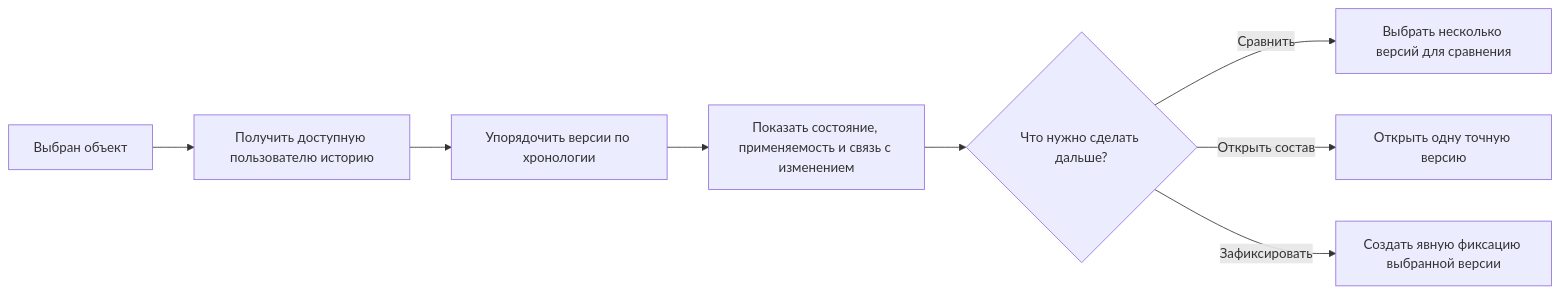
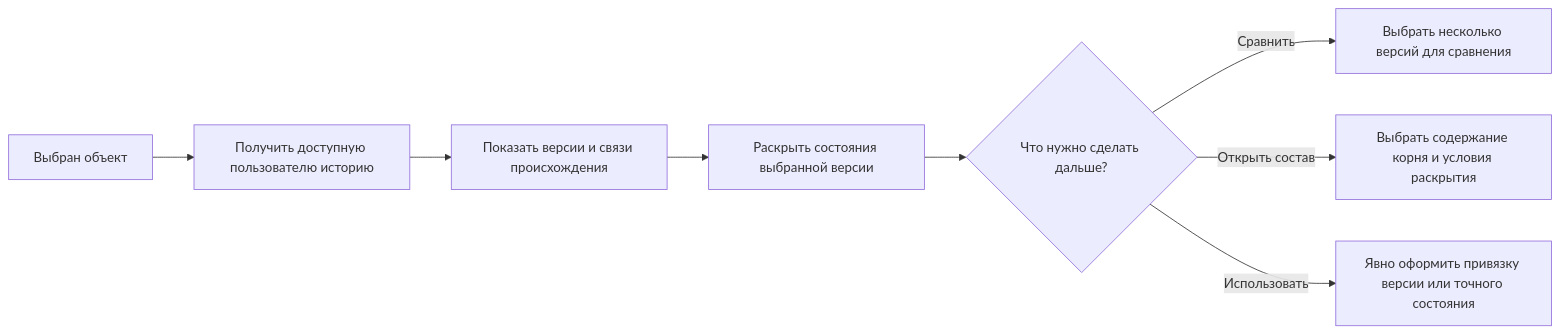
One commit to ZelAnton/Interlink-product-book changed the diagram in docs/version-selection/12-all-versions-view.md. Above: the diagram before and after it, drawn with Mermaid. The commit also changed other lines of this file and 231 other files, not shown here.

````diff
--- a/docs/version-selection/12-all-versions-view.md
+++ b/docs/version-selection/12-all-versions-view.md
@@ -29,10 +35,10 @@
 ```mermaid
 flowchart LR
     A["Выбран объект"] --> B["Получить доступную пользователю историю"]
-    B --> C["Упорядочить версии по хронологии"]
-    C --> D["Показать состояние, применяемость и связь с изменением"]
+    B --> C["Показать версии и связи происхождения"]
+    C --> D["Раскрыть состояния выбранной версии"]
     D --> E{"Что нужно сделать дальше?"}
     E -->|Сравнить| F["Выбрать несколько версий для сравнения"]
-    E -->|Открыть состав| G["Открыть одну точную версию"]
-    E -->|Зафиксировать| H["Создать явную фиксацию выбранной версии"]
+    E -->|Открыть состав| G["Выбрать содержание корня и условия раскрытия"]
+    E -->|Использовать| H["Явно оформить привязку версии или точного состояния"]
 ```
````
